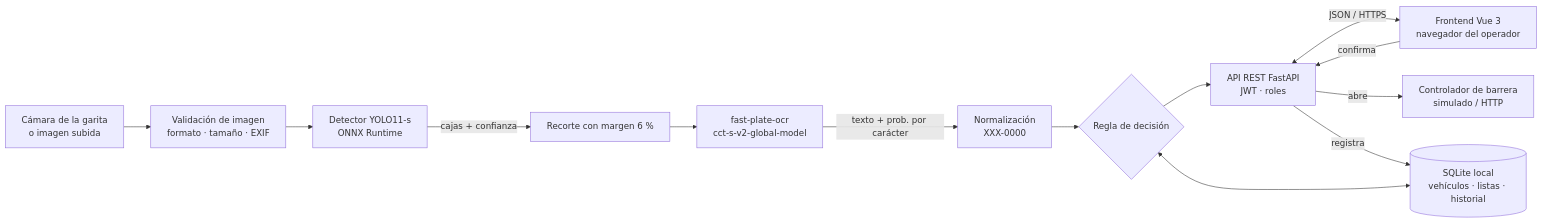
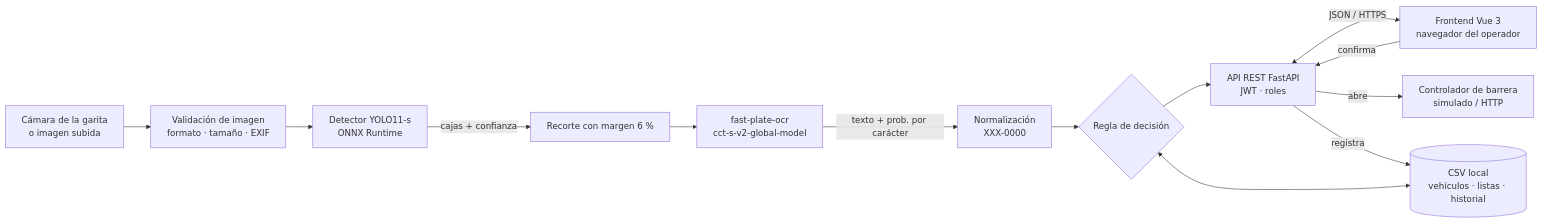
Before and after one commit to eduardoceballos666/SIRAP_2: the first of 4 diagrams in docs/arquitectura.md, drawn with Mermaid. The commit also changed other lines of this file, not shown here.

Commit message:
Document CSV-based application storage

````diff
--- a/docs/arquitectura.md
+++ b/docs/arquitectura.md
@@ -5,15 +5,15 @@
 ```mermaid
 flowchart LR
     CAM[Cámara de la garita<br/>o imagen subida] --> VAL[Validación de imagen<br/>formato · tamaño · EXIF]
     VAL --> DET[Detector YOLO11-s<br/>ONNX Runtime]
     DET -->|cajas + confianza| CROP[Recorte con margen 6 %]
     CROP --> OCR[fast-plate-ocr<br/>cct-s-v2-global-model]
     OCR -->|texto + prob. por carácter| NORM[Normalización<br/>XXX-0000]
     NORM --> DEC{Regla de decisión}
-    DB[(SQLite local<br/>vehículos · listas · historial)] <--> DEC
+    DB[(CSV local<br/>vehículos · listas · historial)] <--> DEC
     DEC --> API[API REST FastAPI<br/>JWT · roles]
     API <-->|JSON / HTTPS| UI[Frontend Vue 3<br/>navegador del operador]
     UI -->|confirma| API
     API -->|abre| BAR[Controlador de barrera<br/>simulado / HTTP]
     API -->|registra| DB
 ```
````
